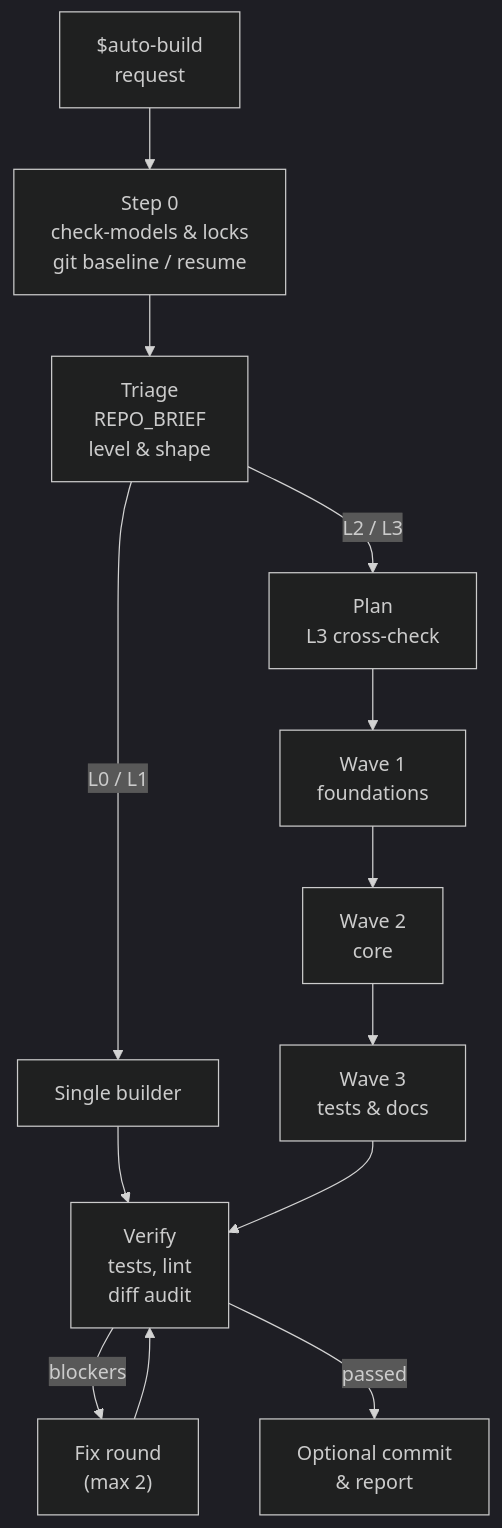
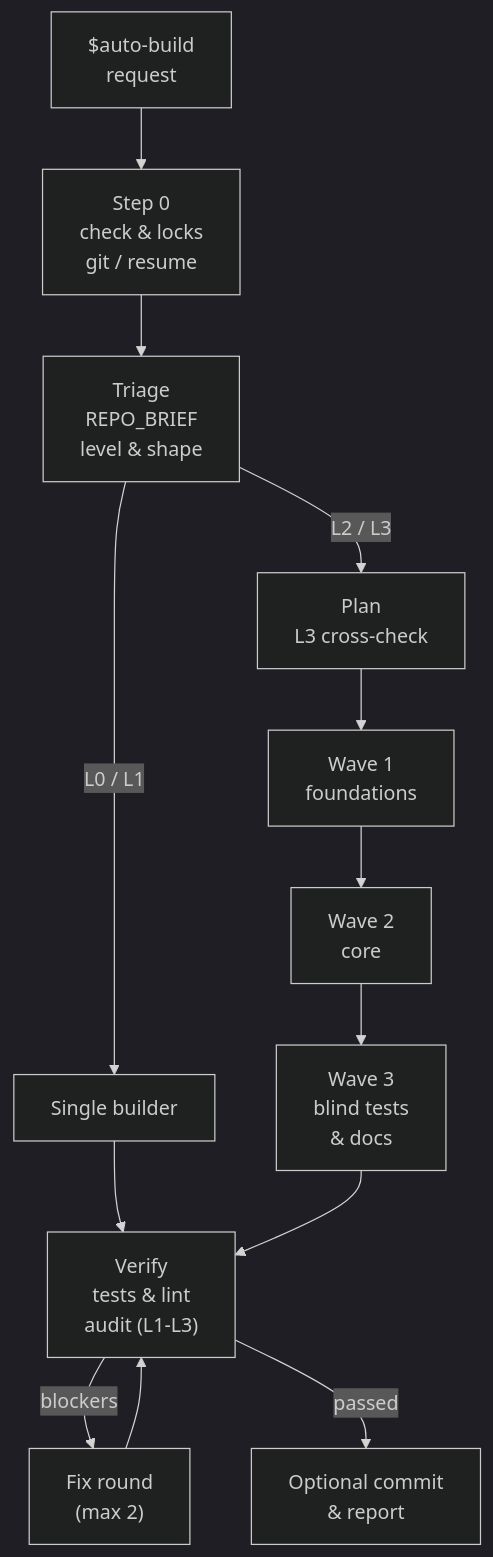
Before and after one commit to mirceas94/T3-auto-build: the diagram in README.md, drawn with Mermaid (dark theme). The commit also changed other lines of this file and 8 other files, not shown here.

First line of the commit message:
feat(installer): mirror auto-build skills across providers

````diff
--- a/README.md
+++ b/README.md
@@ -329,15 +329,15 @@
 ```mermaid
 flowchart TD
-  S["$auto-build<br/>request"] --> S0["Step 0<br/>check-models &amp; locks<br/>git baseline / resume"]
+  S["$auto-build<br/>request"] --> S0["Step 0<br/>check &amp; locks<br/>git / resume"]
   S0 --> T["Triage<br/>REPO_BRIEF<br/>level &amp; shape"]
   T -->|"L0 / L1"| B1["Single builder"]
   T -->|"L2 / L3"| P["Plan<br/>L3 cross-check"]
   P --> W1["Wave 1<br/>foundations"]
   W1 --> W2["Wave 2<br/>core"]
-  W2 --> W3["Wave 3<br/>tests &amp; docs"]
-  B1 --> V["Verify<br/>tests, lint<br/>diff audit"]
+  W2 --> W3["Wave 3<br/>blind tests<br/>&amp; docs"]
+  B1 --> V["Verify<br/>tests &amp; lint<br/>audit (L1-L3)"]
   W3 --> V
   V -->|"blockers"| F["Fix round<br/>(max 2)"]
   F --> V
   V -->|"passed"| R["Optional commit<br/>&amp; report"]
 ```
````
